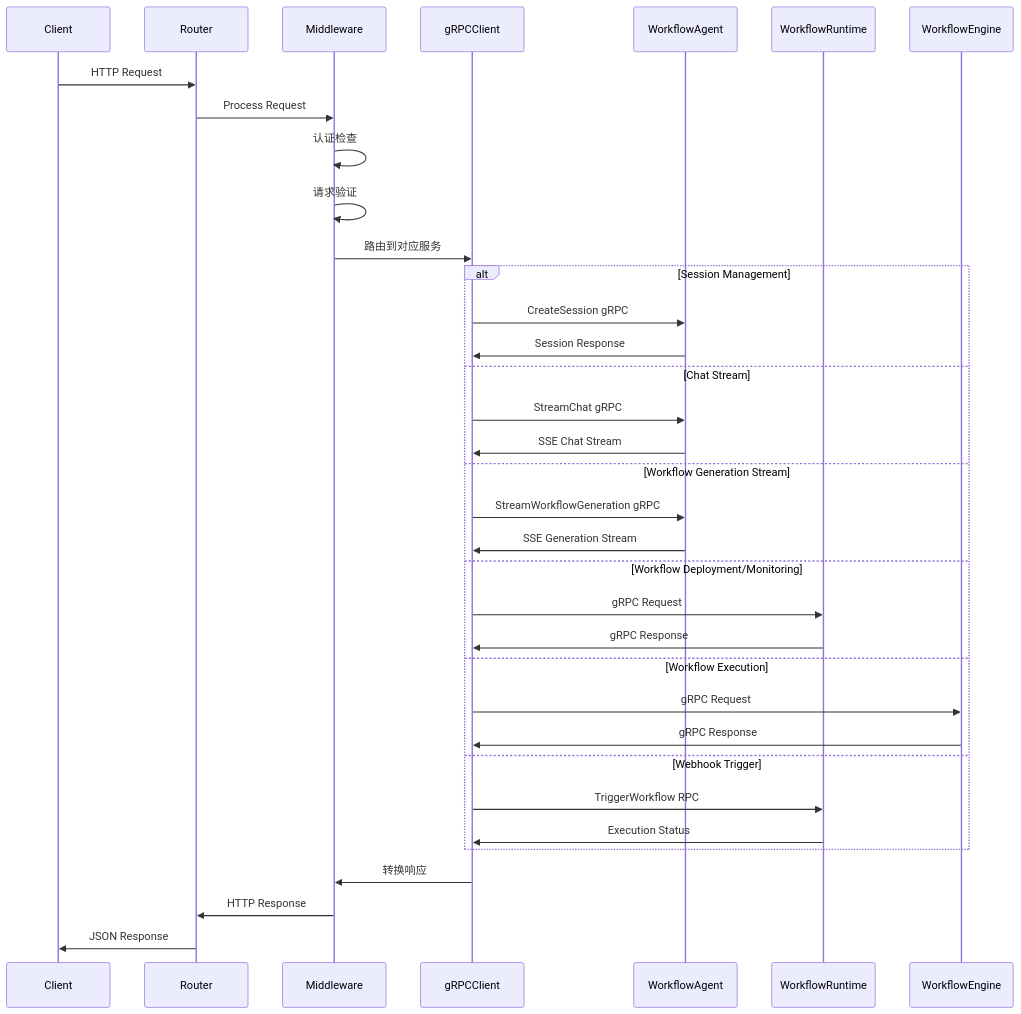
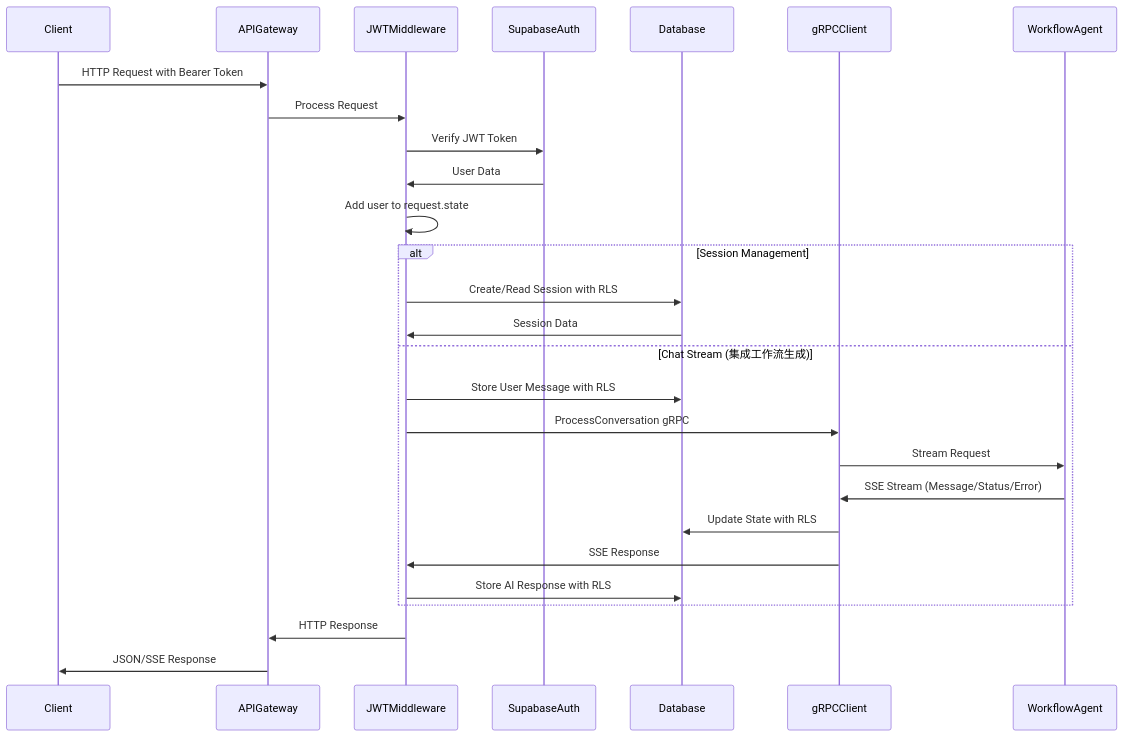
Before and after one commit to CurvatureX/agent_team_monorepo: the second of 2 diagrams in docs/tech-design/api-gateway-architecture.md, drawn with Mermaid. The commit also changed other lines of this file and 10 other files, not shown here.

First line of the commit message:
Complete three-layer API architecture restructuring

````diff
--- a/docs/tech-design/api-gateway-architecture.md
+++ b/docs/tech-design/api-gateway-architecture.md
@@ -272,40 +902,34 @@
 ```mermaid
 sequenceDiagram
     participant Client
-    participant Router
-    participant Middleware
+    participant APIGateway
+    participant JWTMiddleware
+    participant SupabaseAuth
+    participant Database
     participant gRPCClient
     participant WorkflowAgent
-    participant WorkflowRuntime
-    participant WorkflowEngine
 
-    Client->>Router: HTTP Request
-    Router->>Middleware: Process Request
-    Middleware->>Middleware: 认证检查
-    Middleware->>Middleware: 请求验证
-    Middleware->>gRPCClient: 路由到对应服务
+    # 认证流程
+    Client->>APIGateway: HTTP Request with Bearer Token
+    APIGateway->>JWTMiddleware: Process Request
+    JWTMiddleware->>SupabaseAuth: Verify JWT Token
+    SupabaseAuth->>JWTMiddleware: User Data
+    JWTMiddleware->>JWTMiddleware: Add user to request.state
 
+    # 业务逻辑处理
     alt Session Management
-        gRPCClient->>WorkflowAgent: CreateSession gRPC
-        WorkflowAgent->>gRPCClient: Session Response
-    else Chat Stream
-        gRPCClient->>WorkflowAgent: StreamChat gRPC
-        WorkflowAgent->>gRPCClient: SSE Chat Stream
-    else Workflow Generation Stream
-        gRPCClient->>WorkflowAgent: StreamWorkflowGeneration gRPC
-        WorkflowAgent->>gRPCClient: SSE Generation Stream
-    else Workflow Deployment/Monitoring
-        gRPCClient->>WorkflowRuntime: gRPC Request
-        WorkflowRuntime->>gRPCClient: gRPC Response
-    else Workflow Execution
-        gRPCClient->>WorkflowEngine: gRPC Request
-        WorkflowEngine->>gRPCClient: gRPC Response
-    else Webhook Trigger
-        gRPCClient->>WorkflowRuntime: TriggerWorkflow RPC
-        WorkflowRuntime->>gRPCClient: Execution Status
+        JWTMiddleware->>Database: Create/Read Session with RLS
+        Database->>JWTMiddleware: Session Data
+    else Chat Stream (集成工作流生成)
+        JWTMiddleware->>Database: Store User Message with RLS
+        JWTMiddleware->>gRPCClient: ProcessConversation gRPC
+        gRPCClient->>WorkflowAgent: Stream Request
+        WorkflowAgent->>gRPCClient: SSE Stream (Message/Status/Error)
+        gRPCClient->>Database: Update State with RLS
+        gRPCClient->>JWTMiddleware: SSE Response
+        JWTMiddleware->>Database: Store AI Response with RLS
     end
 
-    gRPCClient->>Middleware: 转换响应
-    Middleware->>Router: HTTP Response
-    Router->>Client: JSON Response
+    JWTMiddleware->>APIGateway: HTTP Response
+    APIGateway->>Client: JSON/SSE Response
 ```
````
